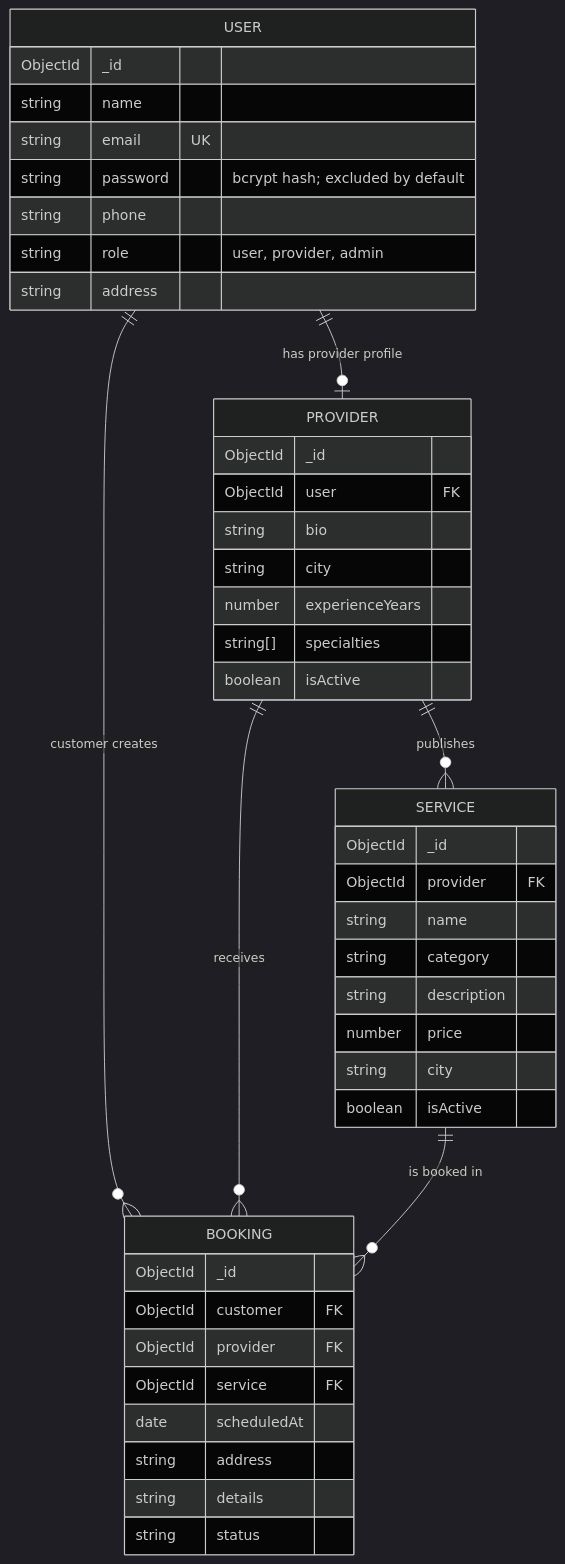
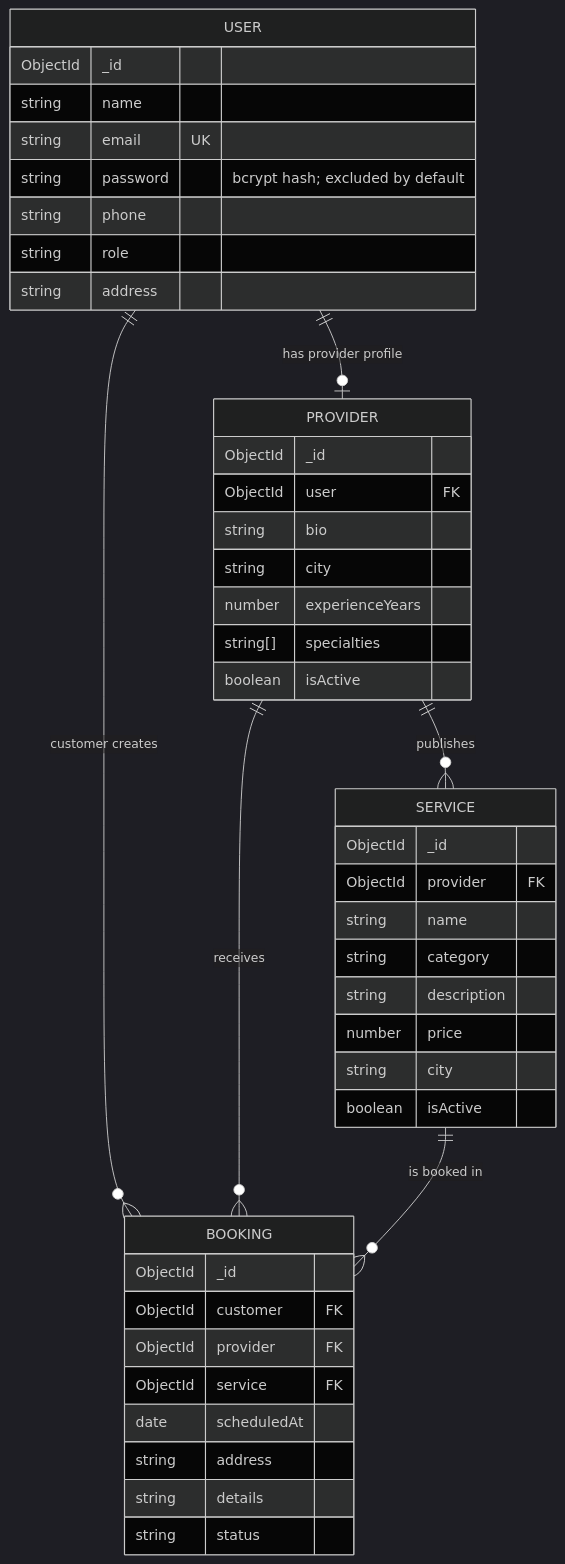
One commit to Tanu-jaiswal/FixMate changed the second of 4 diagrams in docs/BCA-PROJECT-REPORT.md. Above: the diagram before and after it, drawn with Mermaid (dark theme). The commit also changed other lines of this file and 10 other files, not shown here.

````diff
--- a/docs/BCA-PROJECT-REPORT.md
+++ b/docs/BCA-PROJECT-REPORT.md
@@ -107,47 +104,47 @@
 ```mermaid
 erDiagram
   USER ||--o| PROVIDER : "has provider profile"
   USER ||--o{ BOOKING : "customer creates"
   PROVIDER ||--o{ SERVICE : "publishes"
   PROVIDER ||--o{ BOOKING : "receives"
   SERVICE ||--o{ BOOKING : "is booked in"
 
   USER {
     ObjectId _id
     string name
     string email UK
     string password "bcrypt hash; excluded by default"
     string phone
-    string role "user, provider, admin"
+    string role
     string address
   }
   PROVIDER {
     ObjectId _id
     ObjectId user FK
     string bio
     string city
     number experienceYears
     string[] specialties
     boolean isActive
   }
   SERVICE {
     ObjectId _id
     ObjectId provider FK
     string name
     string category
     string description
     number price
     string city
     boolean isActive
   }
   BOOKING {
     ObjectId _id
     ObjectId customer FK
     ObjectId provider FK
     ObjectId service FK
     date scheduledAt
     string address
     string details
     string status
   }
 ```
````
